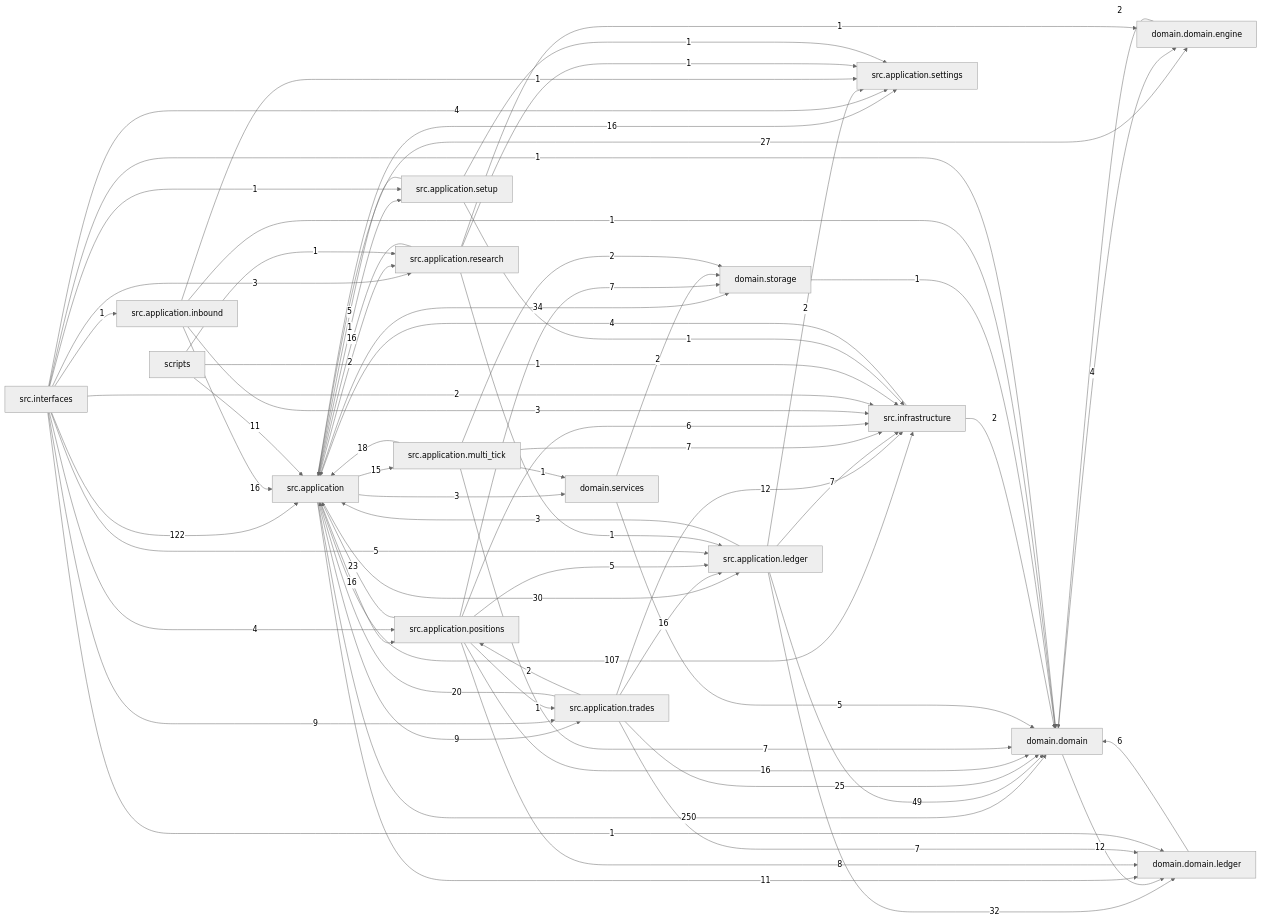
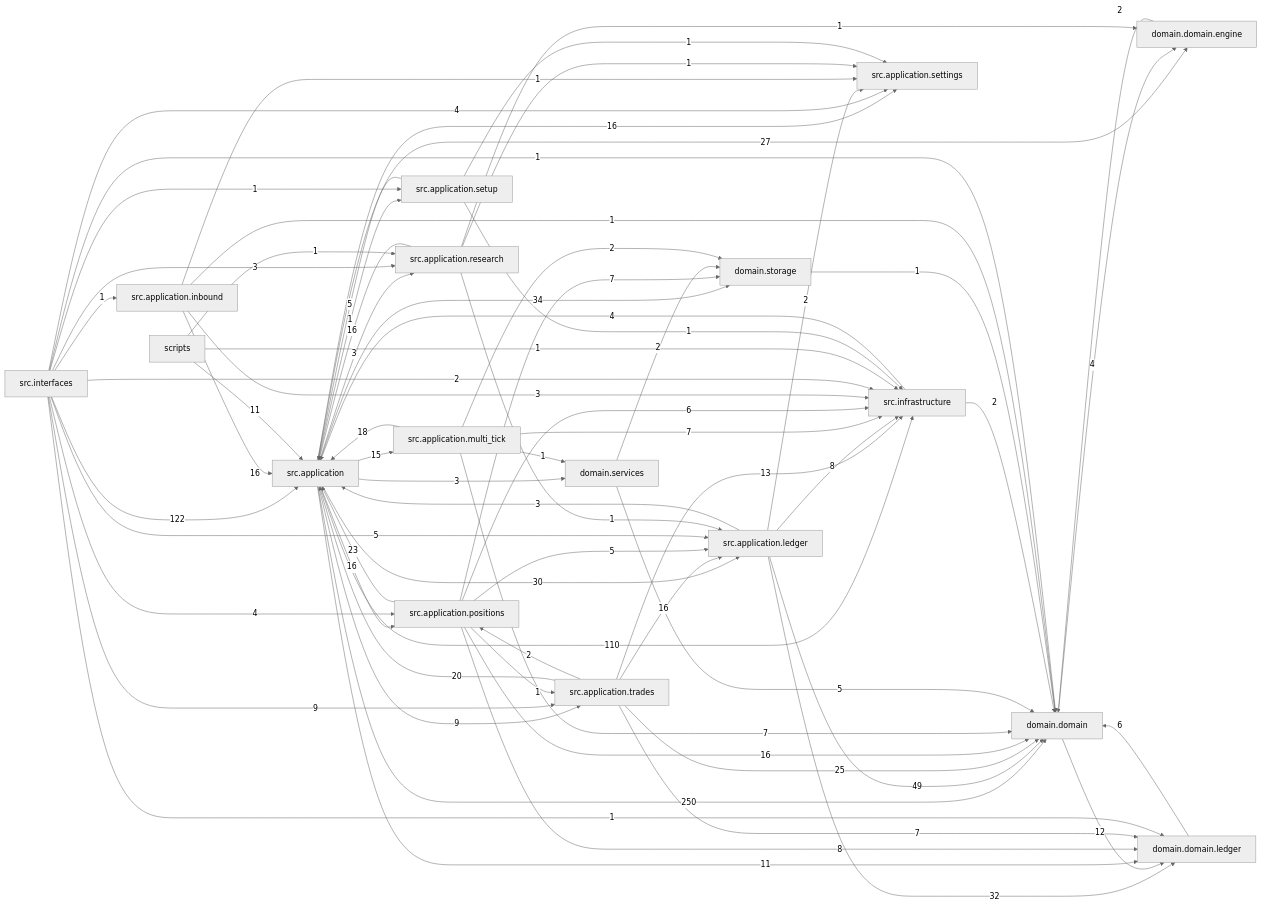
Before and after one commit to liuxie066/options-monitor: the diagram in docs/dependency_graph.mmd, drawn with Mermaid (neutral theme). The commit also changed 128 other files, not shown here.

```diff
--- a/docs/dependency_graph.mmd
+++ b/docs/dependency_graph.mmd
@@ -1,71 +1,71 @@
 flowchart LR
   src_application["src.application"] -->|250| domain_domain["domain.domain"]
   src_interfaces["src.interfaces"] -->|122| src_application["src.application"]
-  src_application["src.application"] -->|107| src_infrastructure["src.infrastructure"]
+  src_application["src.application"] -->|110| src_infrastructure["src.infrastructure"]
   src_application_ledger["src.application.ledger"] -->|49| domain_domain["domain.domain"]
   src_application["src.application"] -->|34| domain_storage["domain.storage"]
   src_application_ledger["src.application.ledger"] -->|32| domain_domain_ledger["domain.domain.ledger"]
   src_application["src.application"] -->|30| src_application_ledger["src.application.ledger"]
   src_application["src.application"] -->|27| domain_domain_engine["domain.domain.engine"]
   src_application_trades["src.application.trades"] -->|25| domain_domain["domain.domain"]
   src_application_positions["src.application.positions"] -->|23| src_application["src.application"]
   src_application_trades["src.application.trades"] -->|20| src_application["src.application"]
   src_application_multi_tick["src.application.multi_tick"] -->|18| src_application["src.application"]
   src_application["src.application"] -->|16| src_application_positions["src.application.positions"]
   src_application["src.application"] -->|16| src_application_settings["src.application.settings"]
   src_application_inbound["src.application.inbound"] -->|16| src_application["src.application"]
   src_application_positions["src.application.positions"] -->|16| domain_domain["domain.domain"]
   src_application_research["src.application.research"] -->|16| src_application["src.application"]
   src_application_trades["src.application.trades"] -->|16| src_application_ledger["src.application.ledger"]
   src_application["src.application"] -->|15| src_application_multi_tick["src.application.multi_tick"]
+  src_application_trades["src.application.trades"] -->|13| src_infrastructure["src.infrastructure"]
   domain_domain["domain.domain"] -->|12| domain_domain_ledger["domain.domain.ledger"]
-  src_application_trades["src.application.trades"] -->|12| src_infrastructure["src.infrastructure"]
   scripts["scripts"] -->|11| src_application["src.application"]
   src_application["src.application"] -->|11| domain_domain_ledger["domain.domain.ledger"]
   src_application["src.application"] -->|9| src_application_trades["src.application.trades"]
   src_interfaces["src.interfaces"] -->|9| src_application_trades["src.application.trades"]
+  src_application_ledger["src.application.ledger"] -->|8| src_infrastructure["src.infrastructure"]
   src_application_positions["src.application.positions"] -->|8| domain_domain_ledger["domain.domain.ledger"]
-  src_application_ledger["src.application.ledger"] -->|7| src_infrastructure["src.infrastructure"]
   src_application_multi_tick["src.application.multi_tick"] -->|7| domain_domain["domain.domain"]
   src_application_multi_tick["src.application.multi_tick"] -->|7| src_infrastructure["src.infrastructure"]
   src_application_positions["src.application.positions"] -->|7| domain_storage["domain.storage"]
   src_application_trades["src.application.trades"] -->|7| domain_domain_ledger["domain.domain.ledger"]
   domain_domain_ledger["domain.domain.ledger"] -->|6| domain_domain["domain.domain"]
   src_application_positions["src.application.positions"] -->|6| src_infrastructure["src.infrastructure"]
   domain_services["domain.services"] -->|5| domain_domain["domain.domain"]
   src_application_positions["src.application.positions"] -->|5| src_application_ledger["src.application.ledger"]
   src_application_setup["src.application.setup"] -->|5| src_application["src.application"]
   src_interfaces["src.interfaces"] -->|5| src_application_ledger["src.application.ledger"]
   domain_domain["domain.domain"] -->|4| domain_domain_engine["domain.domain.engine"]
   src_infrastructure["src.infrastructure"] -->|4| src_application["src.application"]
   src_interfaces["src.interfaces"] -->|4| src_application_positions["src.application.positions"]
   src_interfaces["src.interfaces"] -->|4| src_application_settings["src.application.settings"]
   src_application["src.application"] -->|3| domain_services["domain.services"]
+  src_application["src.application"] -->|3| src_application_research["src.application.research"]
   src_application_inbound["src.application.inbound"] -->|3| src_infrastructure["src.infrastructure"]
   src_application_ledger["src.application.ledger"] -->|3| src_application["src.application"]
   src_interfaces["src.interfaces"] -->|3| src_application_research["src.application.research"]
   domain_domain_engine["domain.domain.engine"] -->|2| domain_domain["domain.domain"]
   domain_services["domain.services"] -->|2| domain_storage["domain.storage"]
-  src_application["src.application"] -->|2| src_application_research["src.application.research"]
   src_application_ledger["src.application.ledger"] -->|2| src_application_settings["src.application.settings"]
   src_application_multi_tick["src.application.multi_tick"] -->|2| domain_storage["domain.storage"]
   src_application_trades["src.application.trades"] -->|2| src_application_positions["src.application.positions"]
   src_infrastructure["src.infrastructure"] -->|2| domain_domain["domain.domain"]
   src_interfaces["src.interfaces"] -->|2| src_infrastructure["src.infrastructure"]
   domain_storage["domain.storage"] -->|1| domain_domain["domain.domain"]
   scripts["scripts"] -->|1| src_application_research["src.application.research"]
   scripts["scripts"] -->|1| src_infrastructure["src.infrastructure"]
   src_application["src.application"] -->|1| src_application_setup["src.application.setup"]
   src_application_inbound["src.application.inbound"] -->|1| domain_domain["domain.domain"]
   src_application_inbound["src.application.inbound"] -->|1| src_application_settings["src.application.settings"]
   src_application_multi_tick["src.application.multi_tick"] -->|1| domain_services["domain.services"]
   src_application_positions["src.application.positions"] -->|1| src_application_trades["src.application.trades"]
   src_application_research["src.application.research"] -->|1| domain_domain_engine["domain.domain.engine"]
   src_application_research["src.application.research"] -->|1| src_application_ledger["src.application.ledger"]
   src_application_research["src.application.research"] -->|1| src_application_settings["src.application.settings"]
   src_application_setup["src.application.setup"] -->|1| src_application_settings["src.application.settings"]
   src_application_setup["src.application.setup"] -->|1| src_infrastructure["src.infrastructure"]
   src_interfaces["src.interfaces"] -->|1| domain_domain["domain.domain"]
   src_interfaces["src.interfaces"] -->|1| domain_domain_ledger["domain.domain.ledger"]
   src_interfaces["src.interfaces"] -->|1| src_application_inbound["src.application.inbound"]
   src_interfaces["src.interfaces"] -->|1| src_application_setup["src.application.setup"]
```
